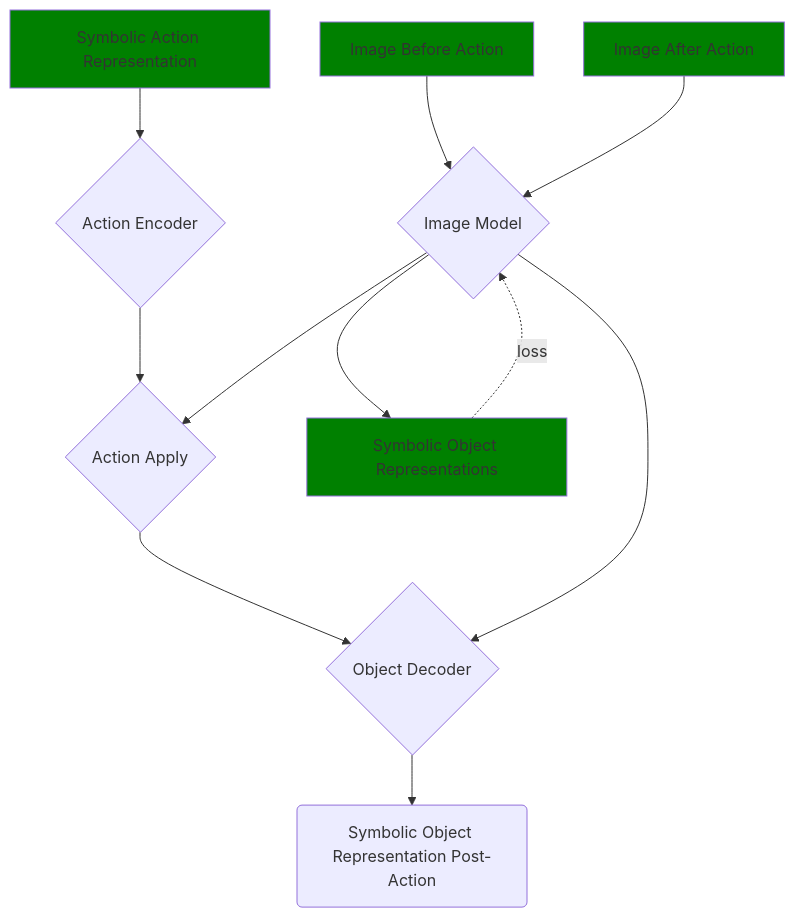
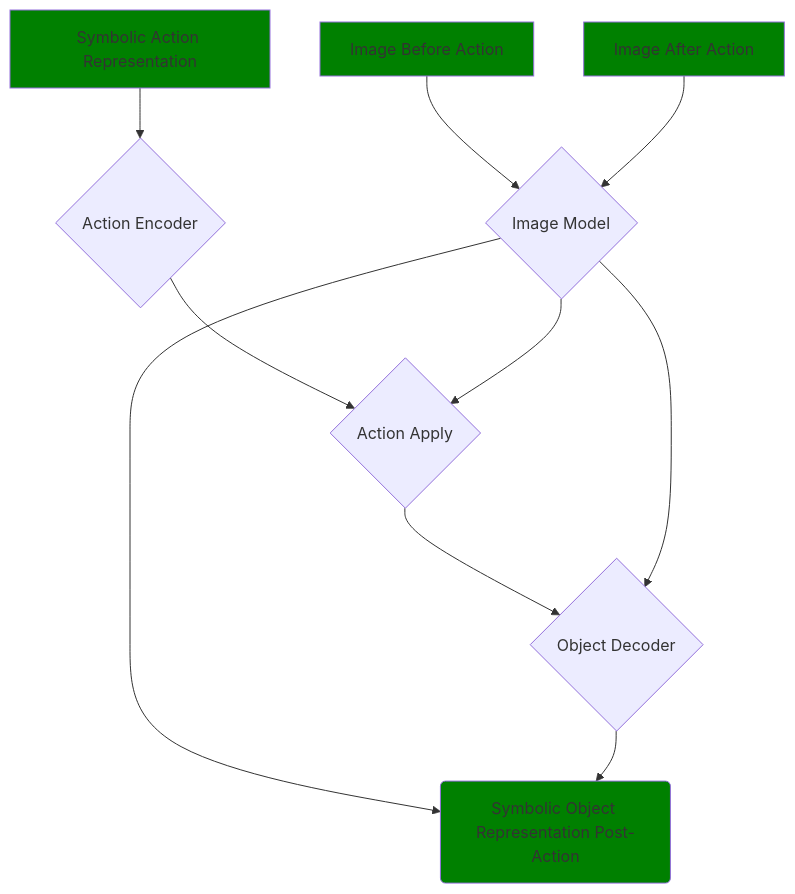
One commit to gautierdag/piglet-vis changed the third of 4 diagrams in hog/models/README.md. Above: the diagram before and after it, drawn with Mermaid. The commit also changed other lines of this file and 11 other files, not shown here.

````diff
--- a/hog/models/README.md
+++ b/hog/models/README.md
@@ -36,14 +36,13 @@
 ```mermaid
 graph TD;
     B{Action Encoder} --> D{Action Apply};
     A{Image Model} --> D{Action Apply};
-    A --> G[Symbolic Object Representation Pre-Action]:::inputclass
-    G[Symbolic Object Representations]:::inputclass -.loss.-> A
+    A --> I[Symbolic Object Representation Pre-Action]:::inputclass
     F[Symbolic Action Representation]:::inputclass --> B
     K[Image Before Action]:::inputclass --> A
     L[Image After Action]:::inputclass --> A
     D --> E{Object Decoder};
     A --> E
     E --> I(Symbolic Object Representation Post-Action)
     classDef inputclass fill:green;
 ```
````
